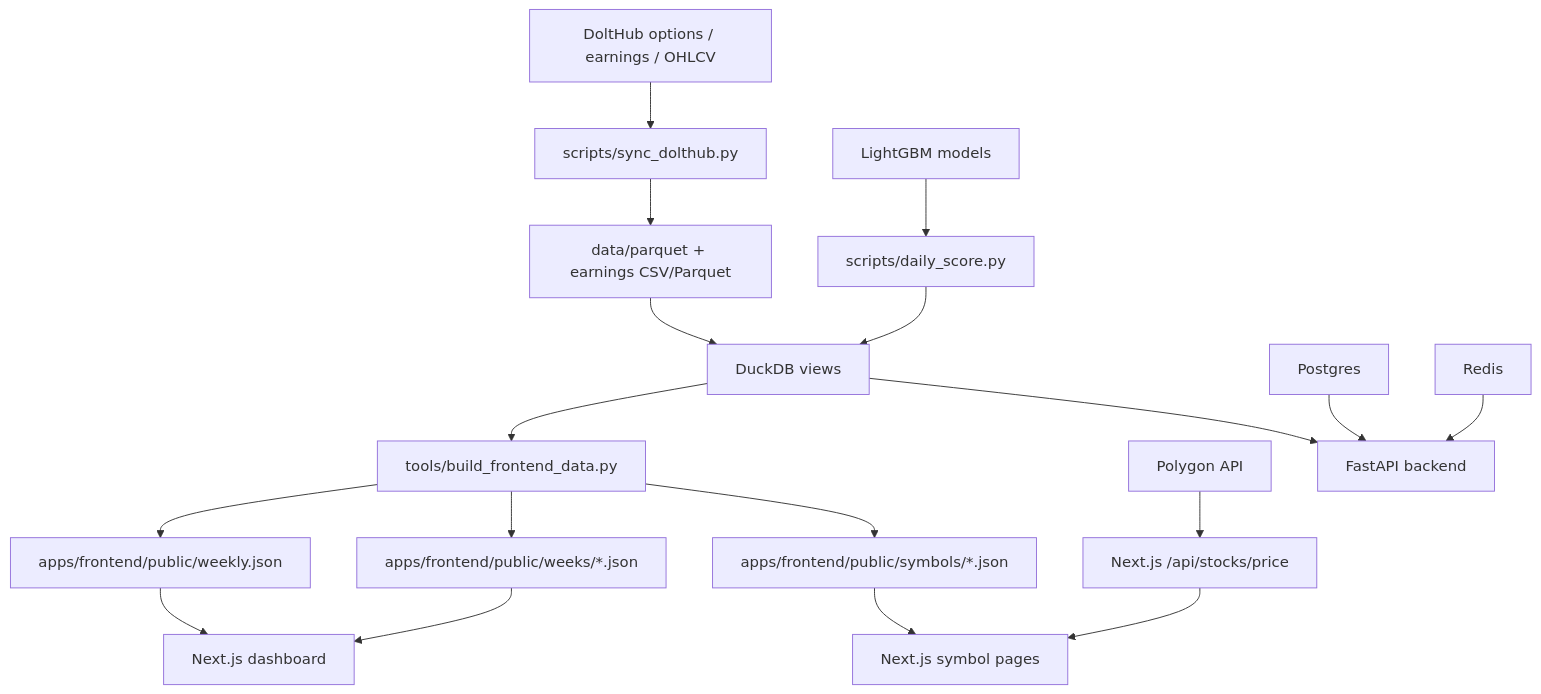
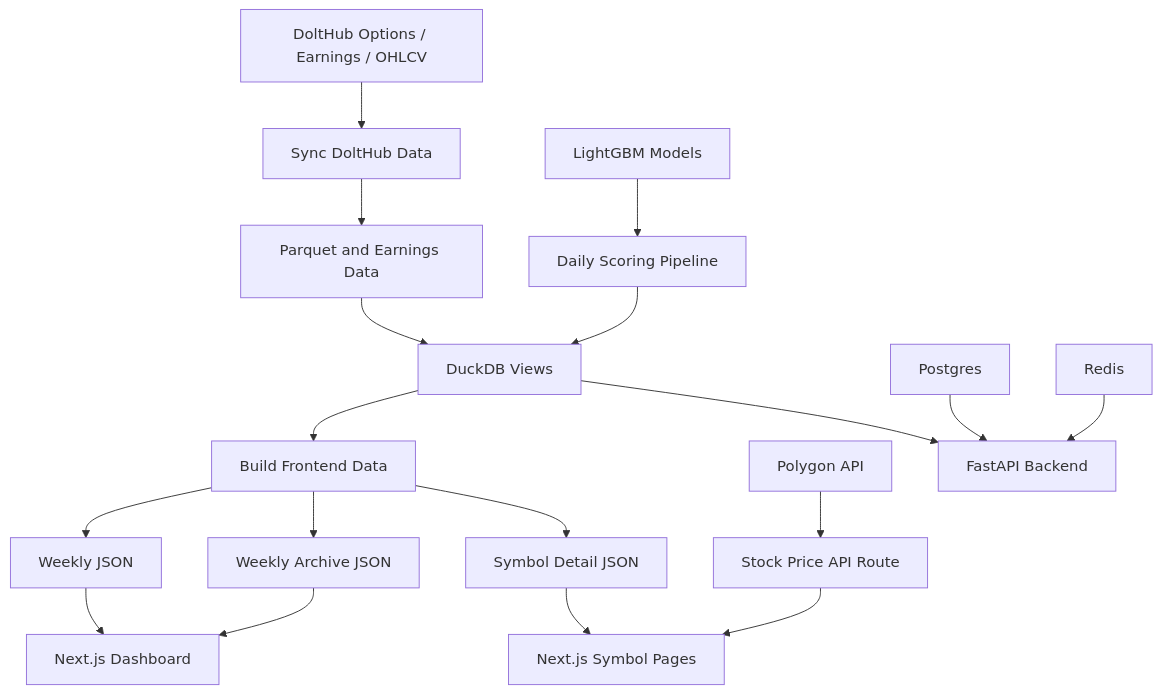
Before and after one commit to kenchengkc/quantiv: the diagram in README.md, drawn with Mermaid.

Commit message:
Clean up architecture graph node titles in README

````diff
--- a/README.md
+++ b/README.md
@@ -66,20 +66,20 @@
 ```mermaid
 graph TD
-    A[DoltHub options / earnings / OHLCV] --> B[scripts/sync_dolthub.py]
-    B --> C[data/parquet + earnings CSV/Parquet]
-    C --> D[DuckDB views]
-    D --> E[tools/build_frontend_data.py]
-    E --> F[apps/frontend/public/weekly.json]
-    E --> G[apps/frontend/public/weeks/*.json]
-    E --> H[apps/frontend/public/symbols/*.json]
-    F --> I[Next.js dashboard]
+    A[DoltHub Options / Earnings / OHLCV] --> B[Sync DoltHub Data]
+    B --> C[Parquet and Earnings Data]
+    C --> D[DuckDB Views]
+    D --> E[Build Frontend Data]
+    E --> F[Weekly JSON]
+    E --> G[Weekly Archive JSON]
+    E --> H[Symbol Detail JSON]
+    F --> I[Next.js Dashboard]
     G --> I
-    H --> J[Next.js symbol pages]
-    K[Polygon API] --> L[Next.js /api/stocks/price]
+    H --> J[Next.js Symbol Pages]
+    K[Polygon API] --> L[Stock Price API Route]
     L --> J
-    D --> M[FastAPI backend]
+    D --> M[FastAPI Backend]
     N[Postgres] --> M
     O[Redis] --> M
-    P[LightGBM models] --> Q[scripts/daily_score.py]
+    P[LightGBM Models] --> Q[Daily Scoring Pipeline]
     Q --> D
 ```
````
